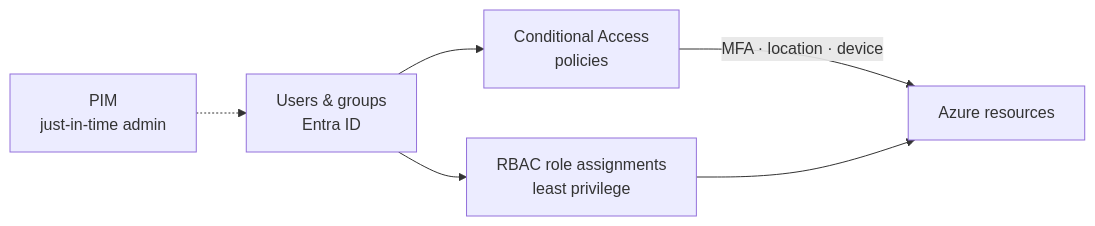
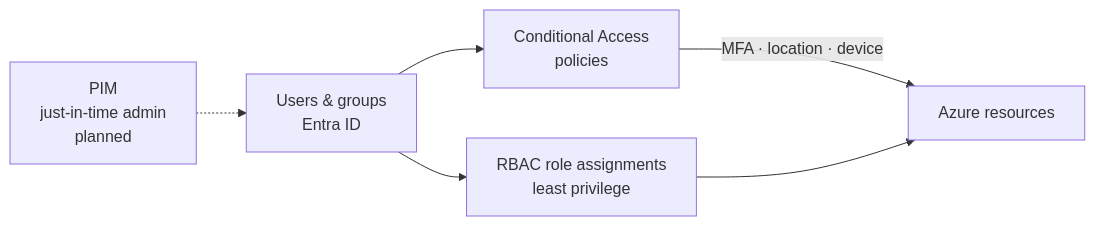
Before and after one commit to Yassine-ElJide/azure-iam-security-lab: the diagram in README.md, drawn with Mermaid. The commit also changed other lines of this file, not shown here.

Commit message:
Fix README: licensing (P1/P2), planned items marked

````diff
--- a/README.md
+++ b/README.md
@@ -7,7 +7,7 @@
 ```mermaid
 flowchart LR
   U[Users & groups<br>Entra ID] --> CA[Conditional Access<br>policies]
   CA -->|MFA · location · device| APP[Azure resources]
   U --> RBAC[RBAC role assignments<br>least privilege] --> APP
-  PIM[PIM<br>just-in-time admin] -.-> U
+  PIM[PIM<br>just-in-time admin<br>planned] -.-> U
 ```
````
